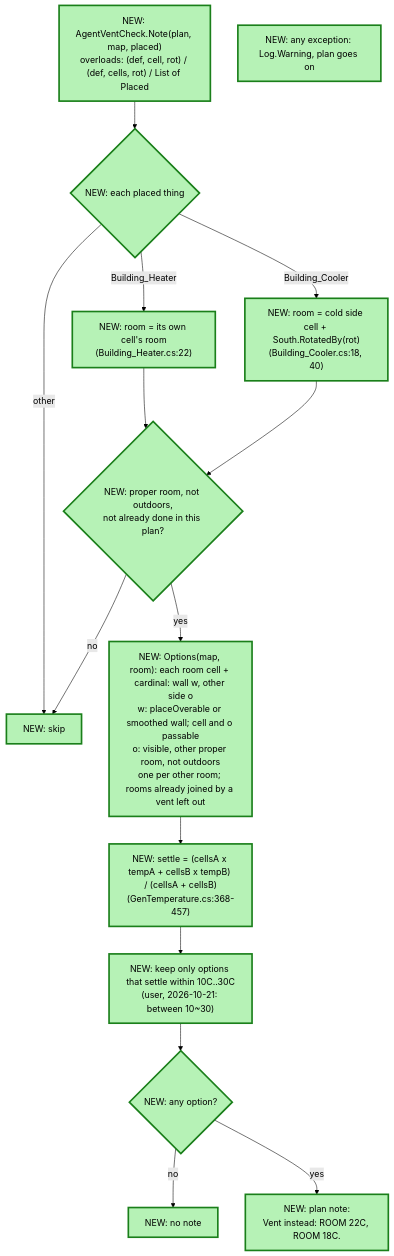
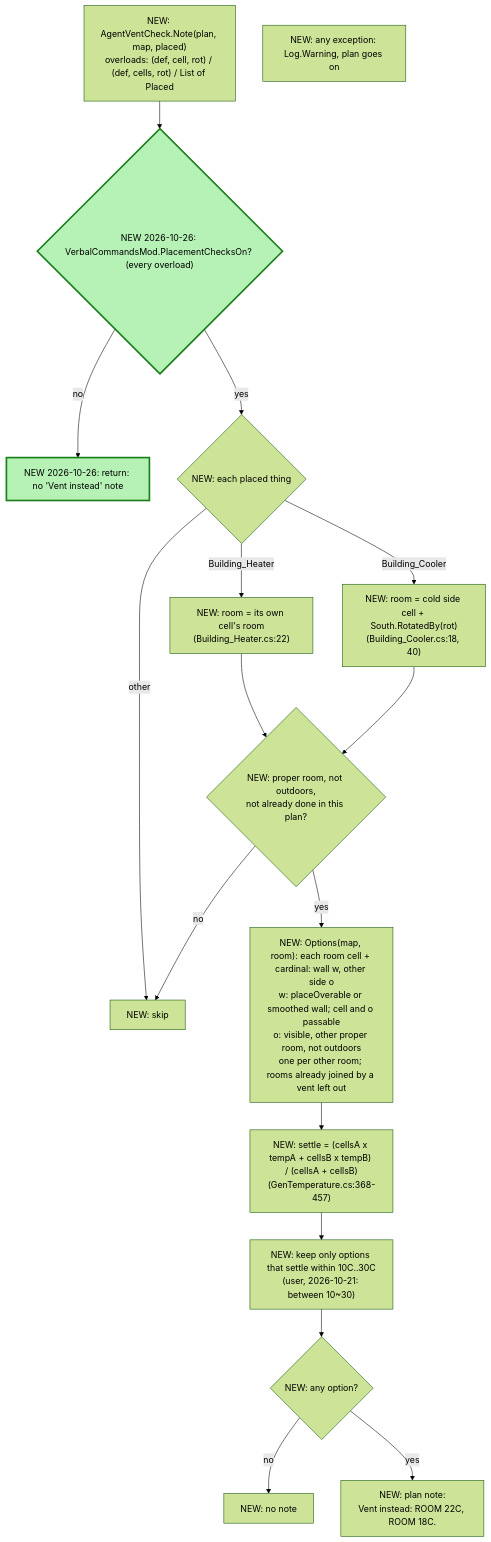
One commit to dongk99/VerbalCommandsCSharpSource changed the diagram in AgentVentCheck.cs.mmd. Above: the diagram before and after it, drawn with Mermaid (forest theme). The commit also changed 63 other files, not shown here.

First line of the commit message:
Add on/off gates for tips, reminders, placement checks and build advice

```diff
--- a/AgentVentCheck.cs.mmd
+++ b/AgentVentCheck.cs.mmd
@@ -1,18 +1,20 @@
 flowchart TB
   in["NEW: AgentVentCheck.Note(plan, map, placed)<br/>overloads: (def, cell, rot) / (def, cells, rot) / List of Placed"]
-  in --> kind{"NEW: each placed thing"}
+  in --> gate{"NEW 2026-10-26: VerbalCommandsMod.PlacementChecksOn? (every overload)"}
+  gate -- no --> gr["NEW 2026-10-26: return: no 'Vent instead' note"]
+  gate -- yes --> kind{"NEW: each placed thing"}
   kind -- "Building_Heater" --> heat["NEW: room = its own cell's room<br/>(Building_Heater.cs:22)"]
   kind -- "Building_Cooler" --> cool["NEW: room = cold side cell + South.RotatedBy(rot)<br/>(Building_Cooler.cs:18, 40)"]
   kind -- other --> skip[NEW: skip]
   heat --> ok{"NEW: proper room, not outdoors,<br/>not already done in this plan?"}
   cool --> ok
   ok -- no --> skip
   ok -- yes --> scan["NEW: Options(map, room): each room cell + cardinal: wall w, other side o<br/>w: placeOverable or smoothed wall; cell and o passable<br/>o: visible, other proper room, not outdoors<br/>one per other room; rooms already joined by a vent left out"]
   scan --> math["NEW: settle = (cellsA x tempA + cellsB x tempB) / (cellsA + cellsB)<br/>(GenTemperature.cs:368-457)"]
   math --> band["NEW: keep only options that settle within 10C..30C<br/>(user, 2026-10-21: between 10~30)"]
   band --> any{"NEW: any option?"}
   any -- no --> none[NEW: no note]
   any -- yes --> note["NEW: plan note:<br/>Vent instead: ROOM 22C, ROOM 18C."]
   err["NEW: any exception: Log.Warning, plan goes on"]
-  class in,kind,heat,cool,skip,ok,scan,math,band,any,none,note,err new
+  class gate,gr new
   classDef new fill:#b6f2b6,stroke:#1a7f1a,stroke-width:3px
```
